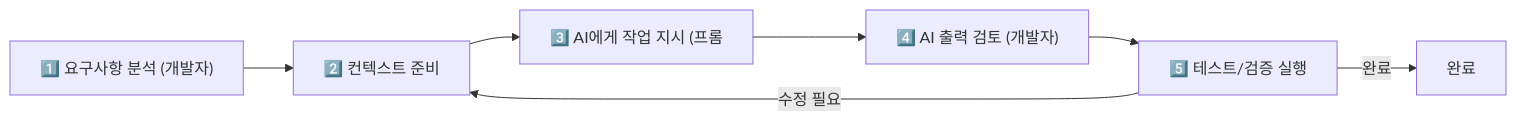
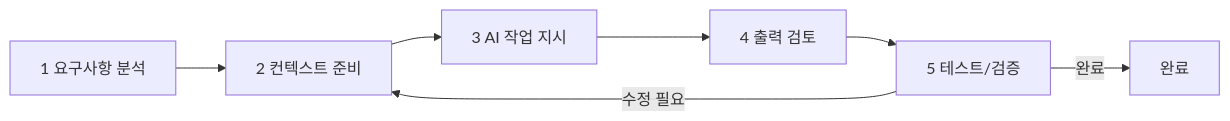
The first of 4 diagrams in _posts/ai/2026-05-01-ai-driven-development.md (yjkim2015/yjkim2015.github.io), drawn with Mermaid before and after one commit. The commit also changed other lines of this file and 132 other files, not shown here.

First line of the commit message:
Mermaid 다이어그램 가독성 정리: 단순 제거, 노드 축소, TD→LR 변환

````diff
--- a/_posts/ai/2026-05-01-ai-driven-development.md
+++ b/_posts/ai/2026-05-01-ai-driven-development.md
@@ -40,9 +40,9 @@
 ```mermaid
 graph LR
-    A["1️⃣ 요구사항 분석 (개발자)"] --> B["2️⃣ 컨텍스트 준비"]
-    B --> C["3️⃣ AI에게 작업 지시 (프롬"]
-    C --> D["4️⃣ AI 출력 검토 (개발자)"]
-    D --> E["5️⃣ 테스트/검증 실행"]
+    A["1 요구사항 분석"] --> B["2 컨텍스트 준비"]
+    B --> C["3 AI 작업 지시"]
+    C --> D["4 출력 검토"]
+    D --> E["5 테스트/검증"]
     E -->|"수정 필요"| B
     E -->|"완료"| F["완료"]
 ```
````
